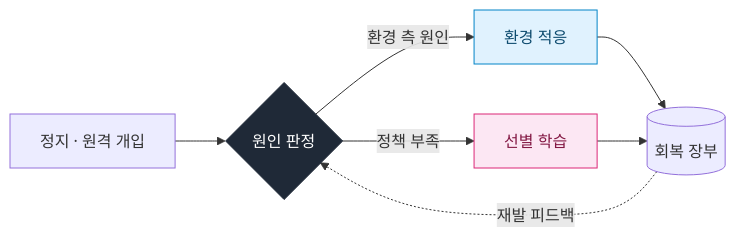
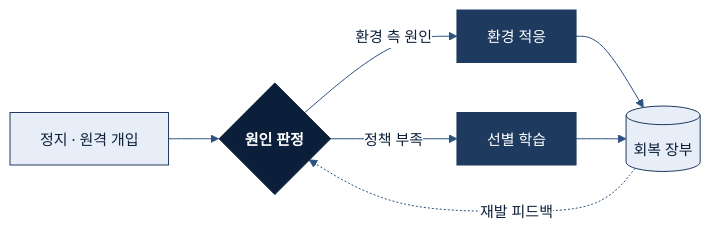
One commit to CauseMotion/D2SF_CauseMotion changed the first of 4 diagrams in README.md. Above: the diagram before and after it, drawn with Mermaid. The commit also changed other lines of this file, not shown here.

````diff
--- a/README.md
+++ b/README.md
@@ -53,16 +66,17 @@
 ```mermaid
+%%{init: {'theme':'base','themeVariables':{'fontFamily':'Pretendard, Apple SD Gothic Neo, sans-serif','fontSize':'15px','primaryColor':'#E8EEF7','primaryTextColor':'#0B1F3A','primaryBorderColor':'#1E3A5F','lineColor':'#2C5282','edgeLabelBackground':'#FFFFFF','tertiaryColor':'#F4F7FB'}}}%%
 flowchart LR
     A[정지 · 원격 개입] --> B{원인 판정}
     B -->|환경 측 원인| C[환경 적응]
     B -->|정책 부족| D[선별 학습]
     C --> E[(회복 장부)]
     D --> E
     E -. 재발 피드백 .-> B
 
-    classDef core fill:#1f2937,color:#fff,stroke:#1f2937
-    classDef env fill:#e0f2fe,stroke:#0284c7,color:#0c4a6e
-    classDef learn fill:#fce7f3,stroke:#db2777,color:#831843
+    classDef core fill:#0B1F3A,stroke:#0B1F3A,color:#FFFFFF,font-weight:bold
+    classDef path fill:#1E3A5F,stroke:#1E3A5F,color:#FFFFFF
+    classDef base fill:#E8EEF7,stroke:#1E3A5F,color:#0B1F3A
     class B core
-    class C env
-    class D learn
+    class C,D path
+    class A,E base
 ```
````
